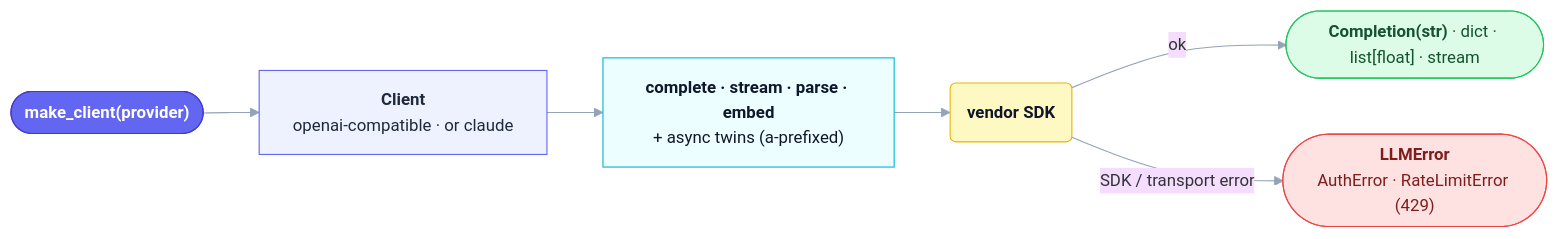
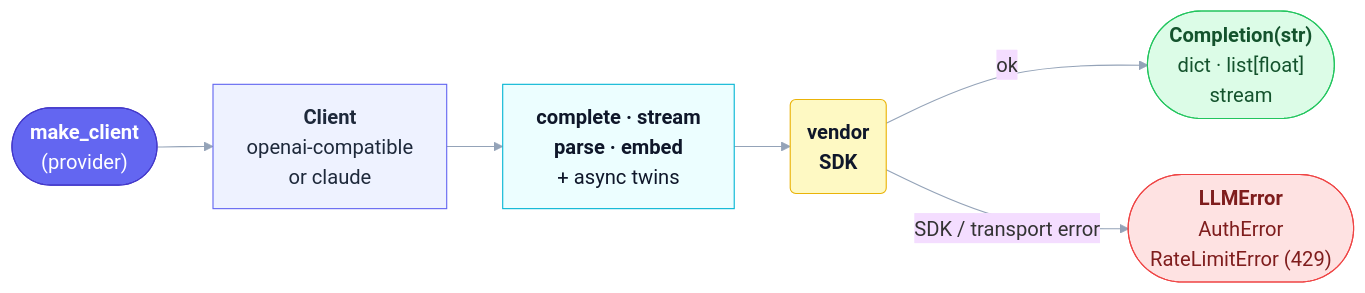
The diagram in README.md (seokhoonj/thinchat), drawn with Mermaid before and after one commit. The commit also changed 1 other file, not shown here.

Commit message:
Stack the flow-diagram node labels onto multiple lines and enlarge the font

````diff
--- a/README.md
+++ b/README.md
@@ -229,19 +229,19 @@
 ```mermaid
-%%{init: {'theme':'base','themeVariables':{'fontSize':'15px','fontFamily':'ui-sans-serif, system-ui, sans-serif','lineColor':'#94a3b8'}}}%%
+%%{init: {'theme':'base','themeVariables':{'fontSize':'18px','fontFamily':'ui-sans-serif, system-ui, sans-serif','lineColor':'#94a3b8'}}}%%
 flowchart LR
-  M(["<b>make_client(provider)</b>"]):::entry
-  C["<b>Client</b><br/>openai-compatible · or claude"]:::client
-  V["<b>complete · stream · parse · embed</b><br/>+ async twins (a-prefixed)"]:::verb
-  S("<b>vendor SDK</b>"):::sdk
-  O(["<b>Completion(str)</b> · dict · list[float] · stream"]):::ok
-  E(["<b>LLMError</b><br/>AuthError · RateLimitError (429)"]):::err
+  M(["<b>make_client</b><br/>(provider)"]):::entry
+  C["<b>Client</b><br/>openai-compatible<br/>or claude"]:::client
+  V["<b>complete · stream</b><br/><b>parse · embed</b><br/>+ async twins"]:::verb
+  S("<b>vendor<br/>SDK</b>"):::sdk
+  O(["<b>Completion(str)</b><br/>dict · list[float]<br/>stream"]):::ok
+  E(["<b>LLMError</b><br/>AuthError<br/>RateLimitError (429)"]):::err
   M --> C --> V --> S
   S -->|ok| O
   S -->|"SDK / transport error"| E
   classDef entry  fill:#6366f1,color:#ffffff,stroke:#4338ca,stroke-width:1px;
   classDef client fill:#eef2ff,color:#1e293b,stroke:#6366f1,stroke-width:1px;
   classDef verb   fill:#ecfeff,color:#0f172a,stroke:#06b6d4,stroke-width:1px;
   classDef sdk    fill:#fef9c3,color:#0f172a,stroke:#eab308,stroke-width:1px;
   classDef ok     fill:#dcfce7,color:#14532d,stroke:#22c55e,stroke-width:1px;
   classDef err    fill:#fee2e2,color:#7f1d1d,stroke:#ef4444,stroke-width:1px;
 ```
````
